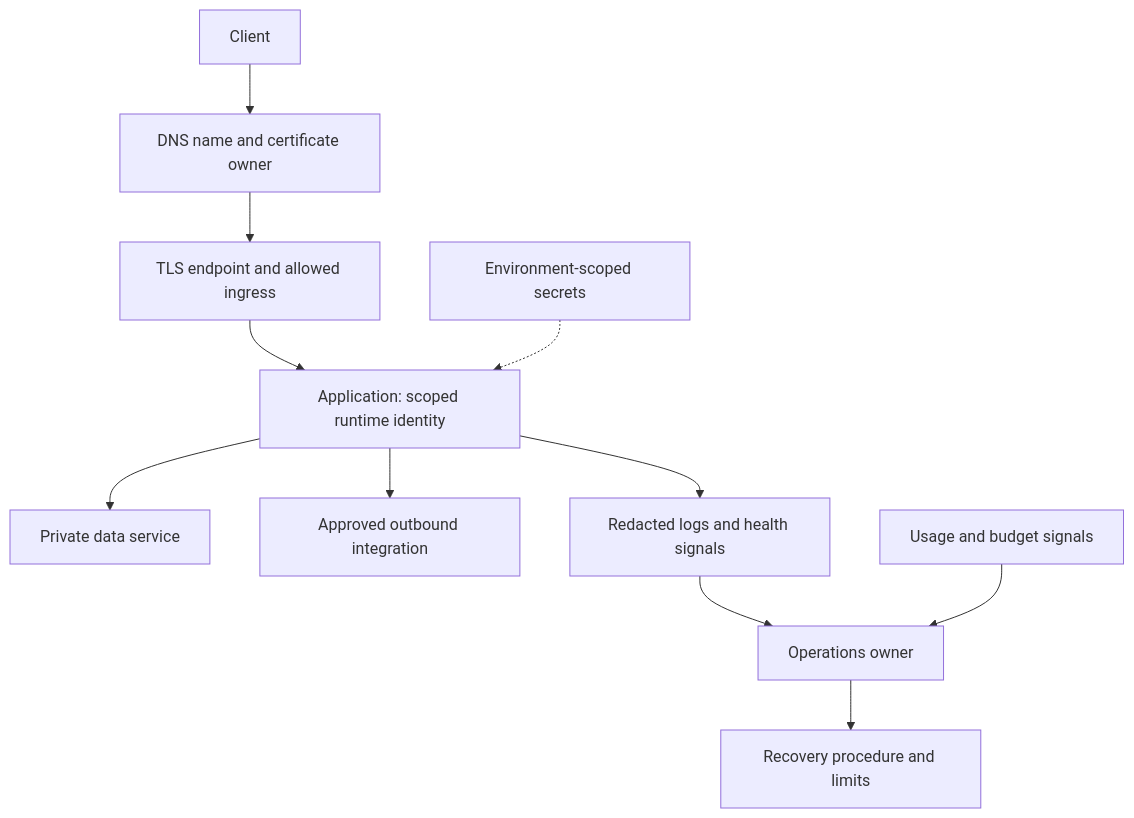
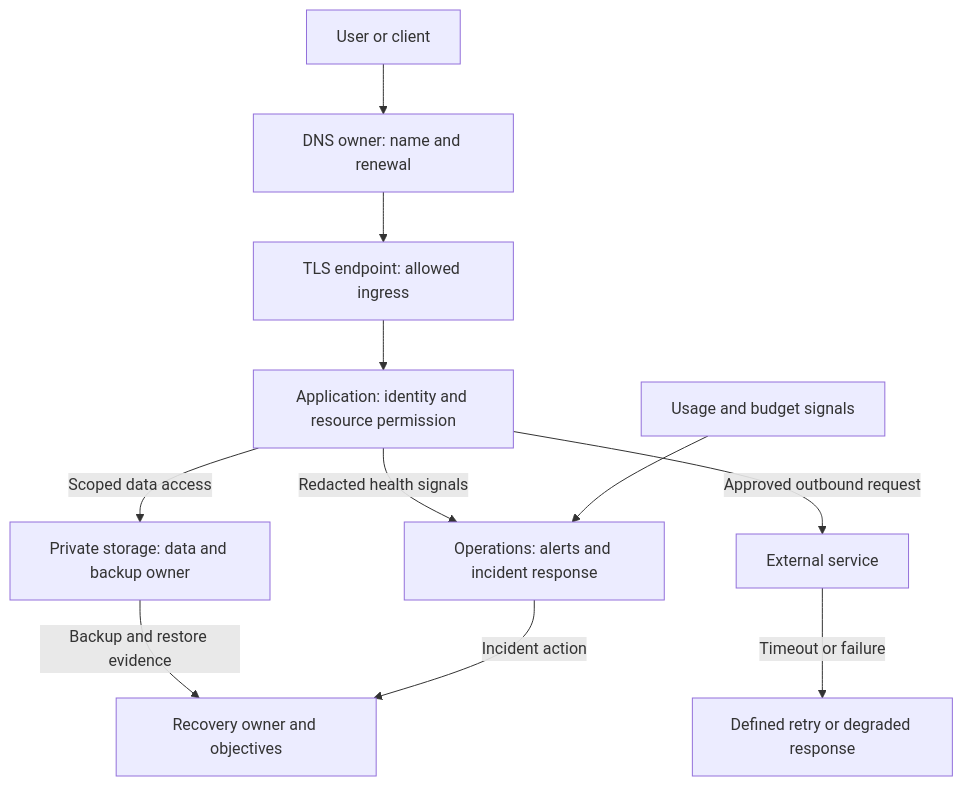
The diagram in docs/policy/CLOUD_POLICY.md (Soku-JINSEOK/Soku-Convention-Boilerplate), drawn with Mermaid before and after one commit. The commit also changed other lines of this file and 118 other files, not shown here.

First line of the commit message:
📚 docs(readability): explain every document and expand flow diagrams

````diff
--- a/docs/policy/CLOUD_POLICY.md
+++ b/docs/policy/CLOUD_POLICY.md
@@ -9,13 +13,13 @@
 ```mermaid
 flowchart TD
-  client["Client"] --> naming["DNS name and certificate owner"]
-  naming --> entry["TLS endpoint and allowed ingress"]
-  entry --> app["Application: scoped runtime identity"]
-  app --> storage["Private data service"]
-  app --> external["Approved outbound integration"]
-  secrets["Environment-scoped secrets"] -.-> app
-  app --> signals["Redacted logs and health signals"]
-  signals --> owner["Operations owner"]
-  budget["Usage and budget signals"] --> owner
-  owner --> recovery["Recovery procedure and limits"]
+  client["User or client"] --> dns["DNS owner: name and renewal"]
+  dns --> entry["TLS endpoint: allowed ingress"]
+  entry --> auth["Application: identity and resource permission"]
+  auth -->|"Scoped data access"| data["Private storage: data and backup owner"]
+  auth -->|"Approved outbound request"| external["External service"]
+  external -->|"Timeout or failure"| recover["Defined retry or degraded response"]
+  data -->|"Backup and restore evidence"| recovery["Recovery owner and objectives"]
+  auth -->|"Redacted health signals"| monitor["Operations: alerts and incident response"]
+  budget["Usage and budget signals"] --> monitor
+  monitor -->|"Incident action"| recovery
 ```
````
